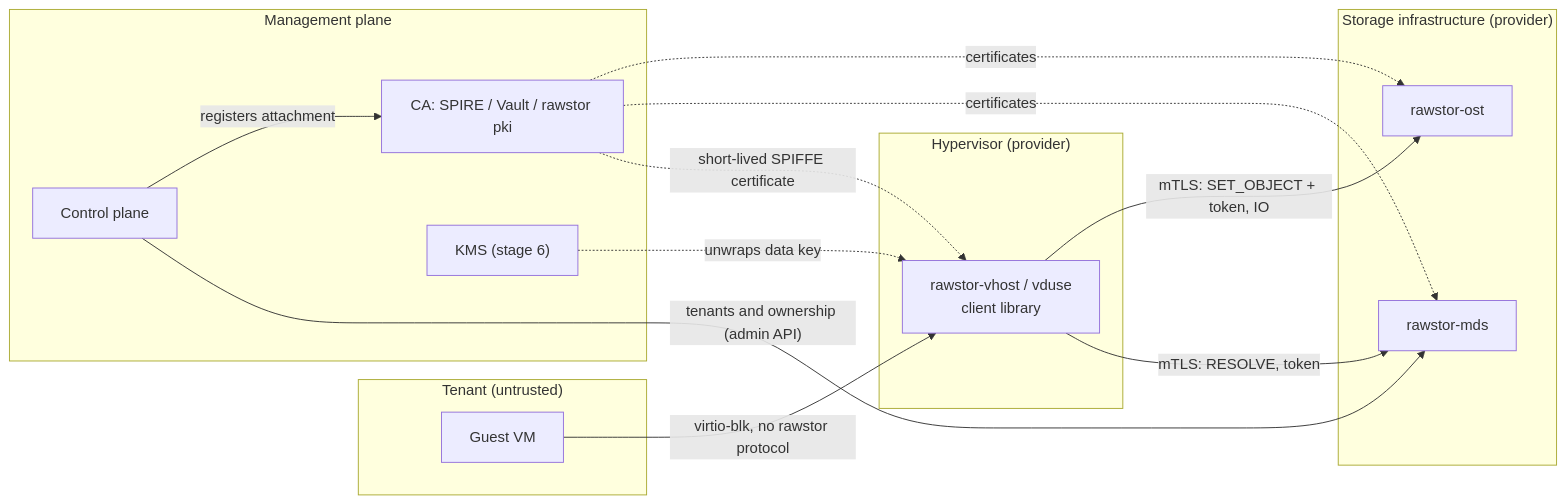
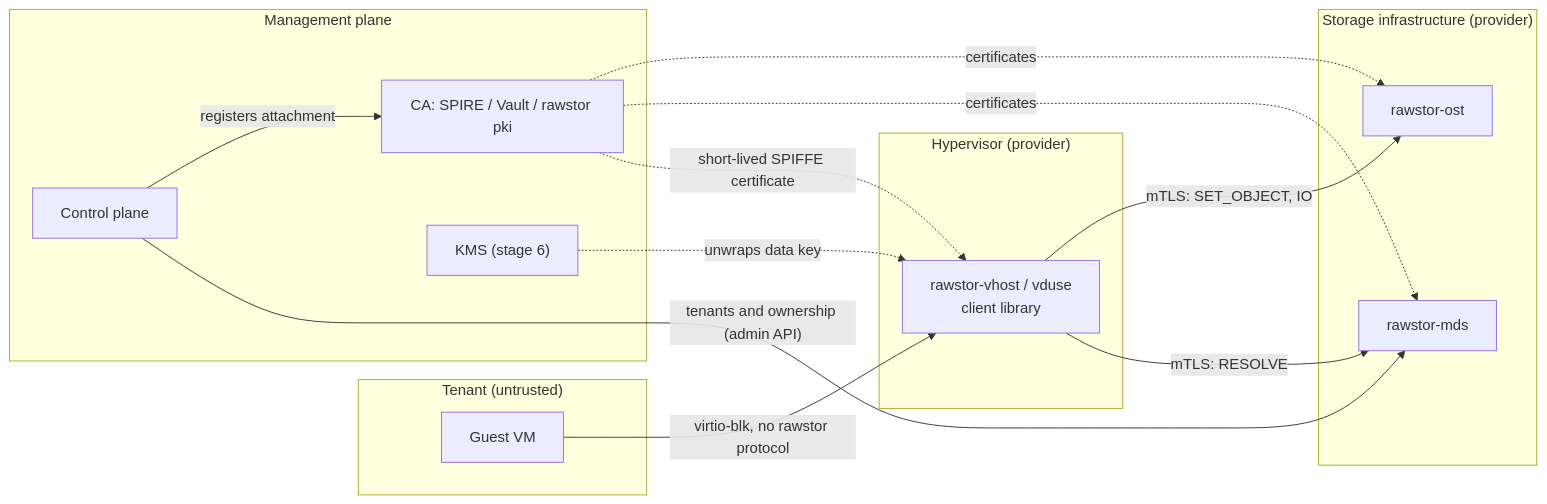
One commit to rawstor/librawstor changed the first of 3 diagrams in docs/security.md. Above: the diagram before and after it, drawn with Mermaid. The commit also changed other lines of this file and 17 other files, not shown here.

````diff
--- a/docs/security.md
+++ b/docs/security.md
@@ -79,28 +79,28 @@
 ```mermaid
 flowchart LR
     subgraph tenant["Tenant (untrusted)"]
         guest["Guest VM"]
     end
     subgraph hv["Hypervisor (provider)"]
         vhost["rawstor-vhost / vduse<br/>client library"]
     end
     subgraph infra["Storage infrastructure (provider)"]
         mds["rawstor-mds"]
         ost["rawstor-ost"]
     end
     subgraph mgmt["Management plane"]
         cp["Control plane"]
         ca["CA: SPIRE / Vault / rawstor pki"]
         kms["KMS (stage 6)"]
     end
 
     guest -- "virtio-blk, no rawstor protocol" --> vhost
-    vhost -- "mTLS: RESOLVE, token" --> mds
-    vhost -- "mTLS: SET_OBJECT + token, IO" --> ost
+    vhost -- "mTLS: RESOLVE" --> mds
+    vhost -- "mTLS: SET_OBJECT, IO" --> ost
     cp -- "tenants and ownership (admin API)" --> mds
     cp -- "registers attachment" --> ca
     ca -. "short-lived SPIFFE certificate" .-> vhost
     ca -. "certificates" .-> mds
     ca -. "certificates" .-> ost
     kms -. "unwraps data key" .-> vhost
 ```
````
